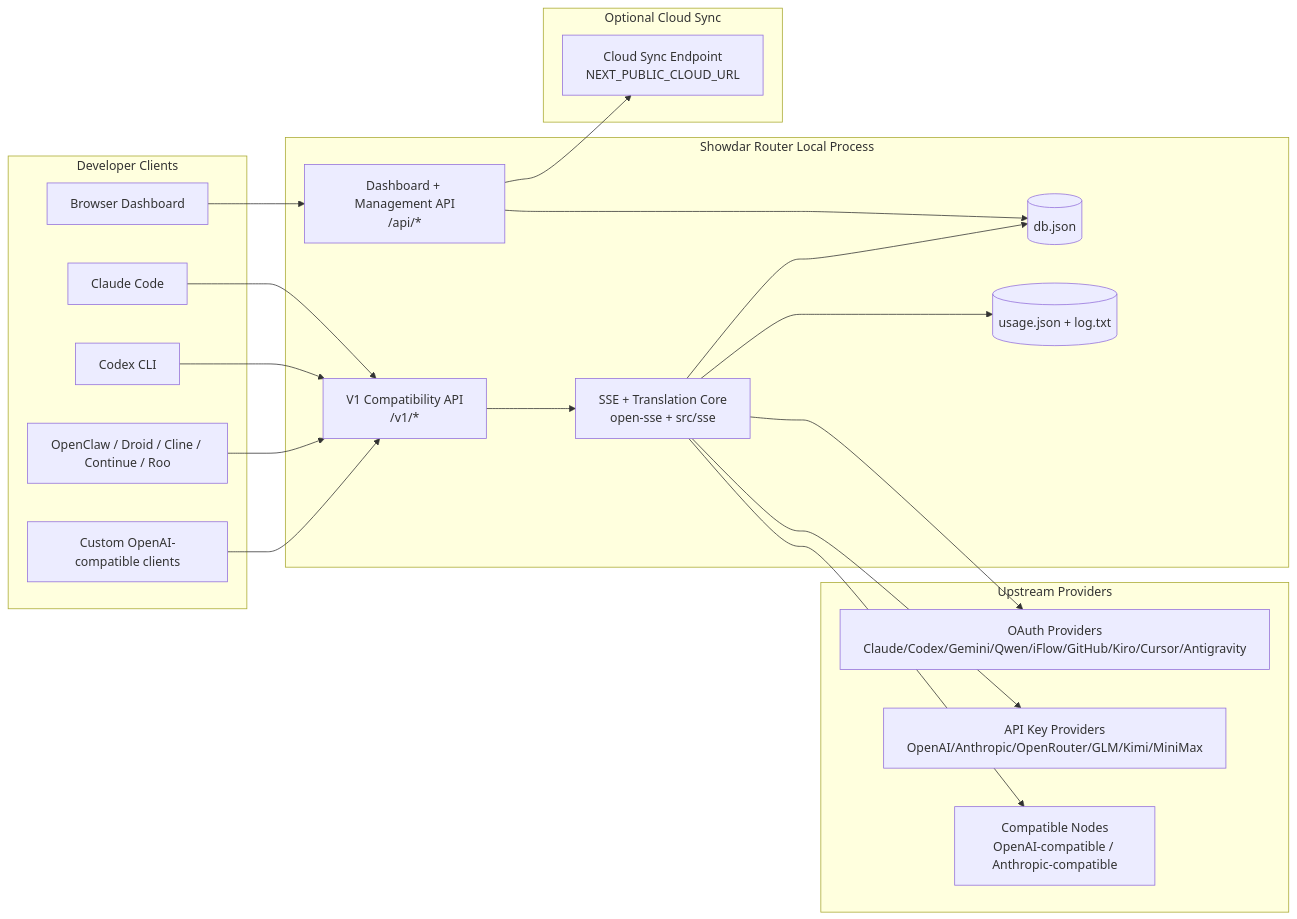
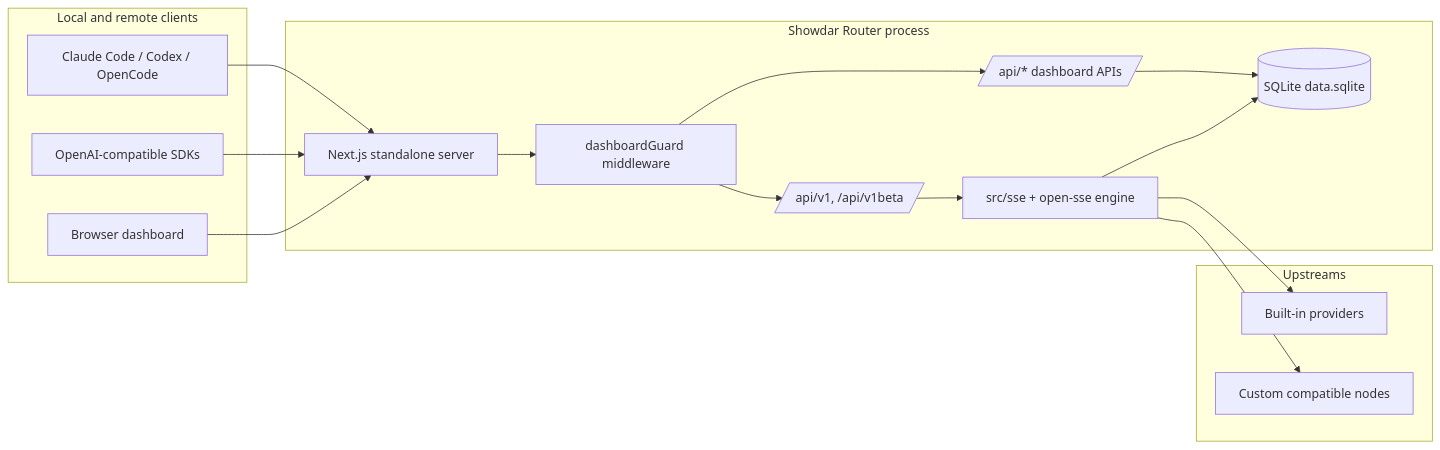
The first of 2 diagrams in docs/ARCHITECTURE.md (caongocquy/showdar-router), drawn with Mermaid before and after one commit. The commit also changed other lines of this file and 6 other files, not shown here.

Commit message:
docs(router): refresh architecture and release runbook

````diff
--- a/docs/ARCHITECTURE.md
+++ b/docs/ARCHITECTURE.md
@@ -45,45 +35,34 @@
 ```mermaid
 flowchart LR
-    subgraph Clients[Developer Clients]
-        C1[Claude Code]
-        C2[Codex CLI]
-        C3[OpenClaw / Droid / Cline / Continue / Roo]
-        C4[Custom OpenAI-compatible clients]
-        BROWSER[Browser Dashboard]
+    subgraph Clients[Local and remote clients]
+        CC[Claude Code / Codex / OpenCode]
+        SDK[OpenAI-compatible SDKs]
+        UI[Browser dashboard]
     end
 
-    subgraph Router[Showdar Router Local Process]
-        API[V1 Compatibility API\n/v1/*]
-        DASH[Dashboard + Management API\n/api/*]
-        CORE[SSE + Translation Core\nopen-sse + src/sse]
-        DB[(db.json)]
-        UDB[(usage.json + log.txt)]
+    subgraph Router[Showdar Router process]
+        NEXT[Next.js standalone server]
+        GUARD[dashboardGuard middleware]
+        API[/api/v1, /api/v1beta/]
+        DASH[/api/* dashboard APIs/]
+        CORE[src/sse + open-sse engine]
+        DB[(SQLite data.sqlite)]
     end
 
-    subgraph Upstreams[Upstream Providers]
-        P1[OAuth Providers\nClaude/Codex/Gemini/Qwen/iFlow/GitHub/Kiro/Cursor/Antigravity]
-        P2[API Key Providers\nOpenAI/Anthropic/OpenRouter/GLM/Kimi/MiniMax]
-        P3[Compatible Nodes\nOpenAI-compatible / Anthropic-compatible]
+    subgraph Upstream[Upstreams]
+        BUILTIN[Built-in providers]
+        NODES[Custom compatible nodes]
     end
 
-    subgraph Cloud[Optional Cloud Sync]
-        CLOUD[Cloud Sync Endpoint\nNEXT_PUBLIC_CLOUD_URL]
-    end
-
-    C1 --> API
-    C2 --> API
-    C3 --> API
-    C4 --> API
-    BROWSER --> DASH
-
+    CC --> NEXT
+    SDK --> NEXT
+    UI --> NEXT
+    NEXT --> GUARD
+    GUARD --> API
+    GUARD --> DASH
     API --> CORE
     DASH --> DB
     CORE --> DB
-    CORE --> UDB
-
-    CORE --> P1
-    CORE --> P2
-    CORE --> P3
-
-    DASH --> CLOUD
+    CORE --> BUILTIN
+    CORE --> NODES
 ```
````
